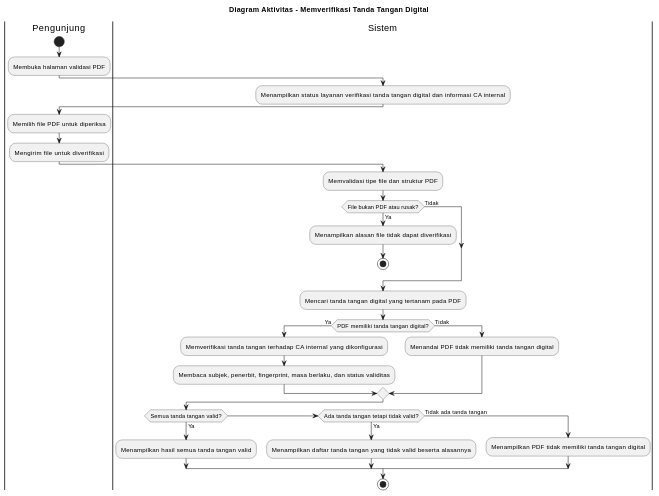
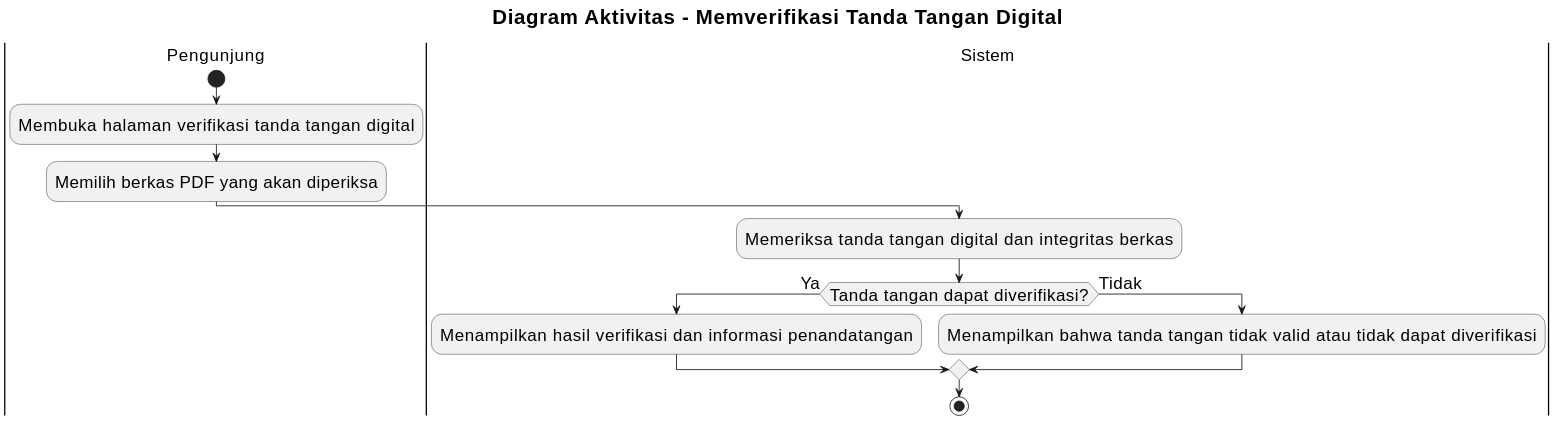
Before and after one commit to howlil/sop-generate-app: the diagram in docs/activity-diagram/lampiran/pengunjung-memverifikasi-tanda-tangan-digital.md, drawn with PlantUML. The commit also changed other lines of this file and 20 other files, not shown here.

Commit message:
docs(activity): align all activity diagrams with use cases

````diff
--- a/docs/activity-diagram/lampiran/pengunjung-memverifikasi-tanda-tangan-digital.md
+++ b/docs/activity-diagram/lampiran/pengunjung-memverifikasi-tanda-tangan-digital.md
@@ -16,44 +16,26 @@
 ```plantuml
 @startuml
+skinparam defaultFontSize 20
+skinparam titleFontSize 24
+skinparam dpi 160
+
 title Diagram Aktivitas - Memverifikasi Tanda Tangan Digital
 
 |Pengunjung|
 start
-:Membuka halaman validasi PDF;
+:Membuka halaman verifikasi tanda tangan digital;
+:Memilih berkas PDF yang akan diperiksa;
 
 |Sistem|
-:Menampilkan status layanan verifikasi tanda tangan digital dan informasi CA internal;
+:Memeriksa tanda tangan digital dan integritas berkas;
 
-|Pengunjung|
-:Memilih file PDF untuk diperiksa;
-:Mengirim file untuk diverifikasi;
-
-|Sistem|
-:Memvalidasi tipe file dan struktur PDF;
-
-if (File bukan PDF atau rusak?) then (Ya)
-  :Menampilkan alasan file tidak dapat diverifikasi;
-  stop
+if (Tanda tangan dapat diverifikasi?) then (Ya)
+  :Menampilkan hasil verifikasi dan informasi penandatangan;
 else (Tidak)
-endif
-
-:Mencari tanda tangan digital yang tertanam pada PDF;
-
-if (PDF memiliki tanda tangan digital?) then (Ya)
-  :Memverifikasi tanda tangan terhadap CA internal yang dikonfigurasi;
-  :Membaca subjek, penerbit, fingerprint, masa berlaku, dan status validitas;
-else (Tidak)
-  :Menandai PDF tidak memiliki tanda tangan digital;
-endif
-
-if (Semua tanda tangan valid?) then (Ya)
-  :Menampilkan hasil semua tanda tangan valid;
-elseif (Ada tanda tangan tetapi tidak valid?) then (Ya)
-  :Menampilkan daftar tanda tangan yang tidak valid beserta alasannya;
-else (Tidak ada tanda tangan)
-  :Menampilkan PDF tidak memiliki tanda tangan digital;
+  :Menampilkan bahwa tanda tangan tidak valid atau tidak dapat diverifikasi;
 endif
 
 stop
+
 @enduml
 ```
````
